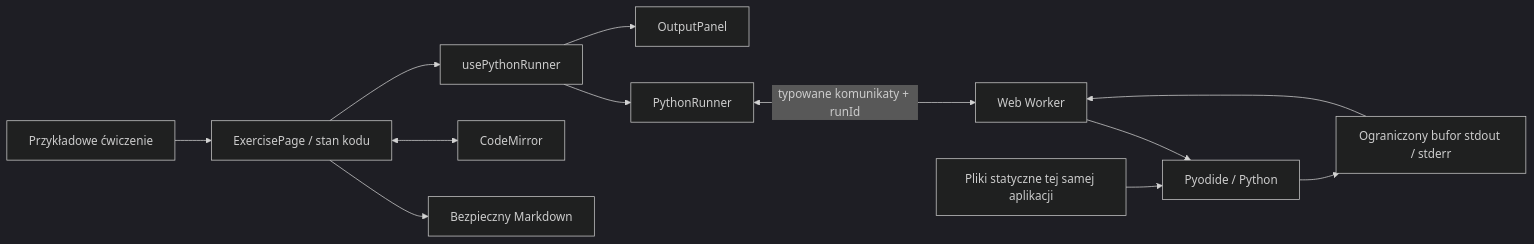
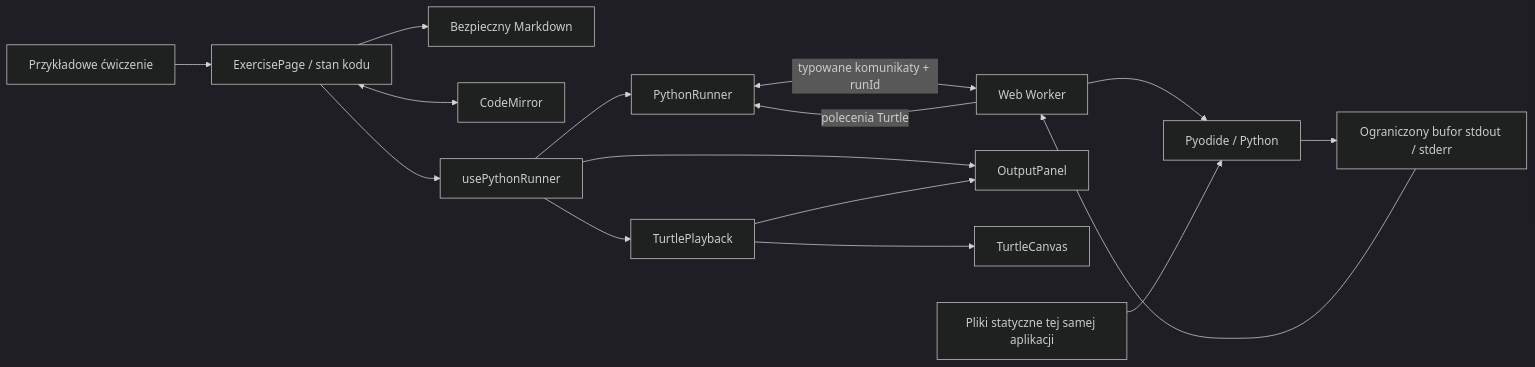
Before and after one commit to JakubZdankowski/platforma-python: the diagram in docs/architecture.md, drawn with Mermaid (dark theme). The commit also changed other lines of this file and 33 other files, not shown here.

````diff
--- a/docs/architecture.md
+++ b/docs/architecture.md
@@ -7,14 +7,17 @@
 ```mermaid
 flowchart LR
   Exercise[Przykładowe ćwiczenie] --> Page[ExercisePage / stan kodu]
   Page --> Markdown[Bezpieczny Markdown]
   Page <--> Editor[CodeMirror]
   Page --> Hook[usePythonRunner]
   Hook --> Runner[PythonRunner]
   Runner <-->|typowane komunikaty + runId| Worker[Web Worker]
   Worker --> Pyodide[Pyodide / Python]
   Pyodide --> Buffer[Ograniczony bufor stdout / stderr]
   Buffer --> Worker
   Hook --> Output[OutputPanel]
+  Worker -->|polecenia Turtle| Runner
+  Hook --> Playback[TurtlePlayback] --> Canvas[TurtleCanvas]
+  Playback --> Output
   Assets[Pliki statyczne tej samej aplikacji] --> Pyodide
 ```
````
